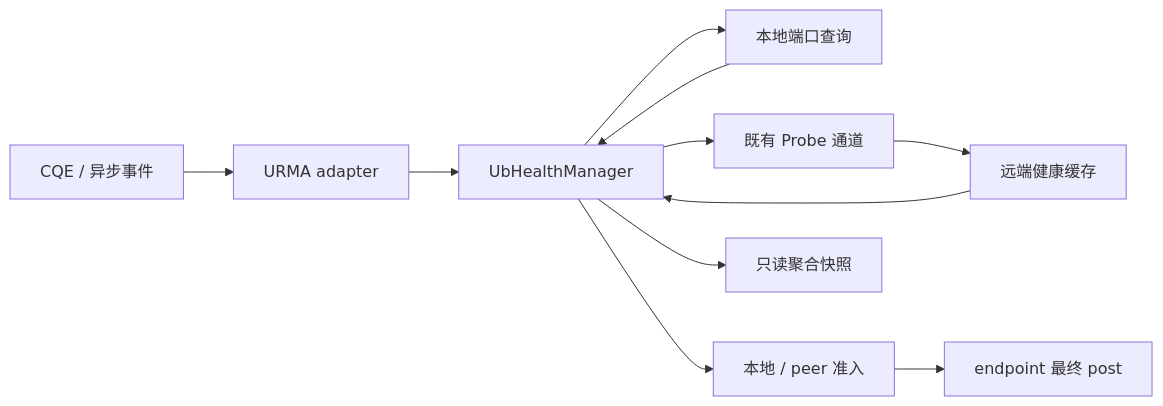
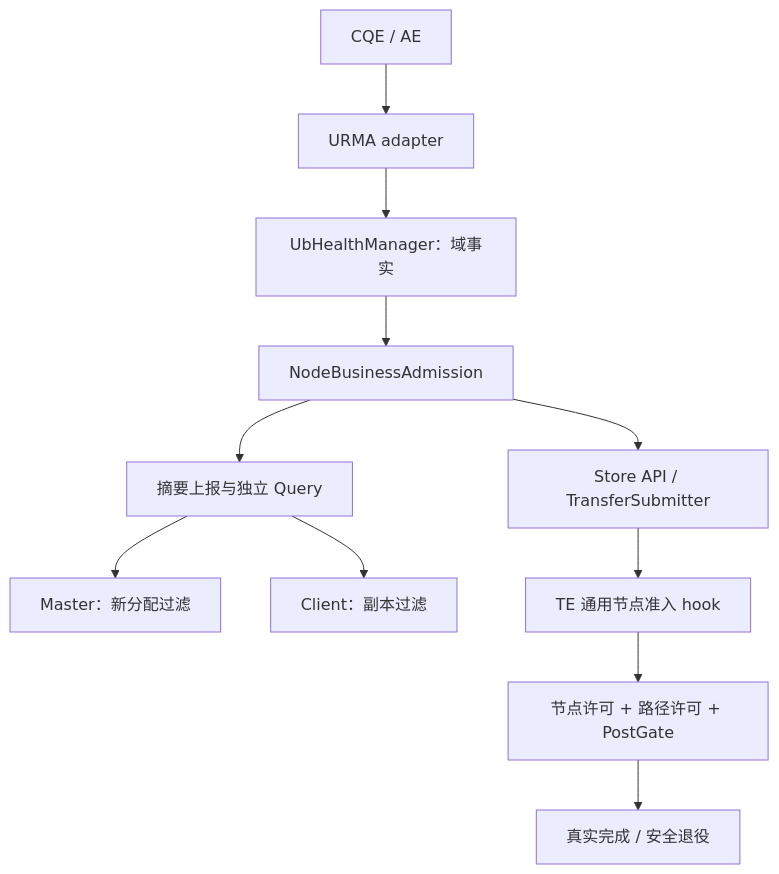
One commit to HangCong126/Supercache changed the diagram in docs/analyze/ub_fault_isolation_design.md. Above: the diagram before and after it, drawn with Mermaid. The commit also changed other lines of this file, not shown here.

````diff
--- a/docs/analyze/ub_fault_isolation_design.md
+++ b/docs/analyze/ub_fault_isolation_design.md
@@ -61,13 +45,13 @@
 ```mermaid
-flowchart LR
-    CQE["CQE / 异步事件"] --> Adapter["URMA adapter"]
-    Adapter --> Manager["UbHealthManager"]
-    Manager --> Provider["本地端口查询"]
-    Provider --> Manager
-    Manager --> Protocol["既有 Probe 通道"]
-    Protocol --> Remote["远端健康缓存"]
-    Remote --> Manager
-    Manager --> Gate["本地 / peer 准入"]
-    Gate --> Post["endpoint 最终 post"]
-    Manager --> Snapshot["只读聚合快照"]
+flowchart TD
+    Event["CQE / AE"] --> Adapter["URMA adapter"]
+    Adapter --> Facts["UbHealthManager：域事实"]
+    Facts --> Local["NodeBusinessAdmission"]
+    Local --> API["Store API / TransferSubmitter"]
+    Local --> Sync["摘要上报与独立 Query"]
+    Sync --> Master["Master：新分配过滤"]
+    Sync --> Client["Client：副本过滤"]
+    API --> TE["TE 通用节点准入 hook"]
+    TE --> Post["节点许可 + 路径许可 + PostGate"]
+    Post --> Completion["真实完成 / 安全退役"]
 ```
````
